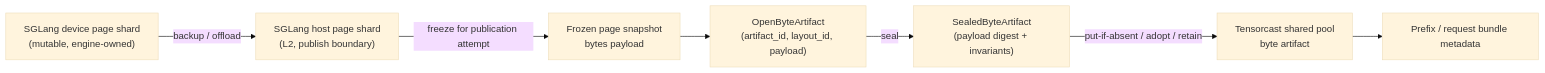
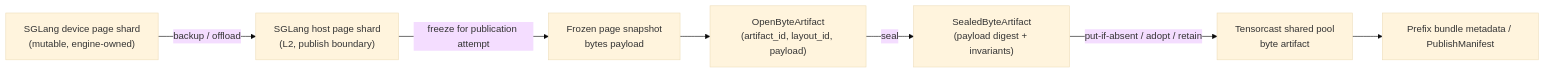
The fifth of 20 diagrams in docs/tensorcast/tensorcast_kv_integration.md (tensorcast-ai/sglang), drawn with Mermaid (base theme) before and after one commit. The commit also changed other lines of this file and 2 other files, not shown here.

````diff
--- a/docs/tensorcast/tensorcast_kv_integration.md
+++ b/docs/tensorcast/tensorcast_kv_integration.md
@@ -359,17 +444,17 @@
 ```mermaid
 flowchart LR
     A["SGLang device page shard<br/>(mutable, engine-owned)"]
     B["SGLang host page shard<br/>(L2, publish boundary)"]
     C["Frozen page snapshot<br/>bytes payload"]
     D["OpenByteArtifact<br/>(artifact_id, layout_id, payload)"]
     E["SealedByteArtifact<br/>(payload digest + invariants)"]
     F["Tensorcast shared pool<br/>byte artifact"]
-    G["Prefix / request bundle metadata"]
+    G["Prefix bundle metadata / PublishManifest"]
 
     A -->|"backup / offload"| B
     B -->|"freeze for publication attempt"| C
     C --> D
     D -->|"seal"| E
     E -->|"put-if-absent / adopt / retain"| F
     F --> G
 ```
````
